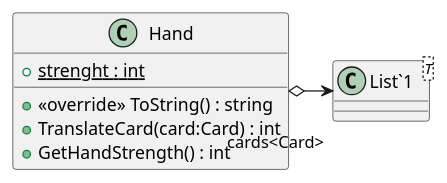
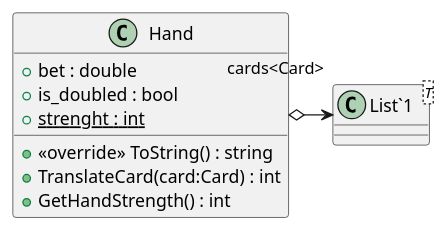
The diagram in diagram/src/Hand.puml (risha700/OPAIC_blackJack), drawn with PlantUML before and after one commit. The commit also changed 17 other files, not shown here.

```diff
--- a/diagram/src/Hand.puml
+++ b/diagram/src/Hand.puml
@@ -1,11 +1,13 @@
 @startuml
 class Hand {
+    + bet : double
+    + is_doubled : bool
     + {static} strenght : int
     + <<override>> ToString() : string
     + TranslateCard(card:Card) : int
     + GetHandStrength() : int
 }
 class "List`1"<T> {
 }
 Hand o-> "cards<Card>" "List`1"
 @enduml
```
